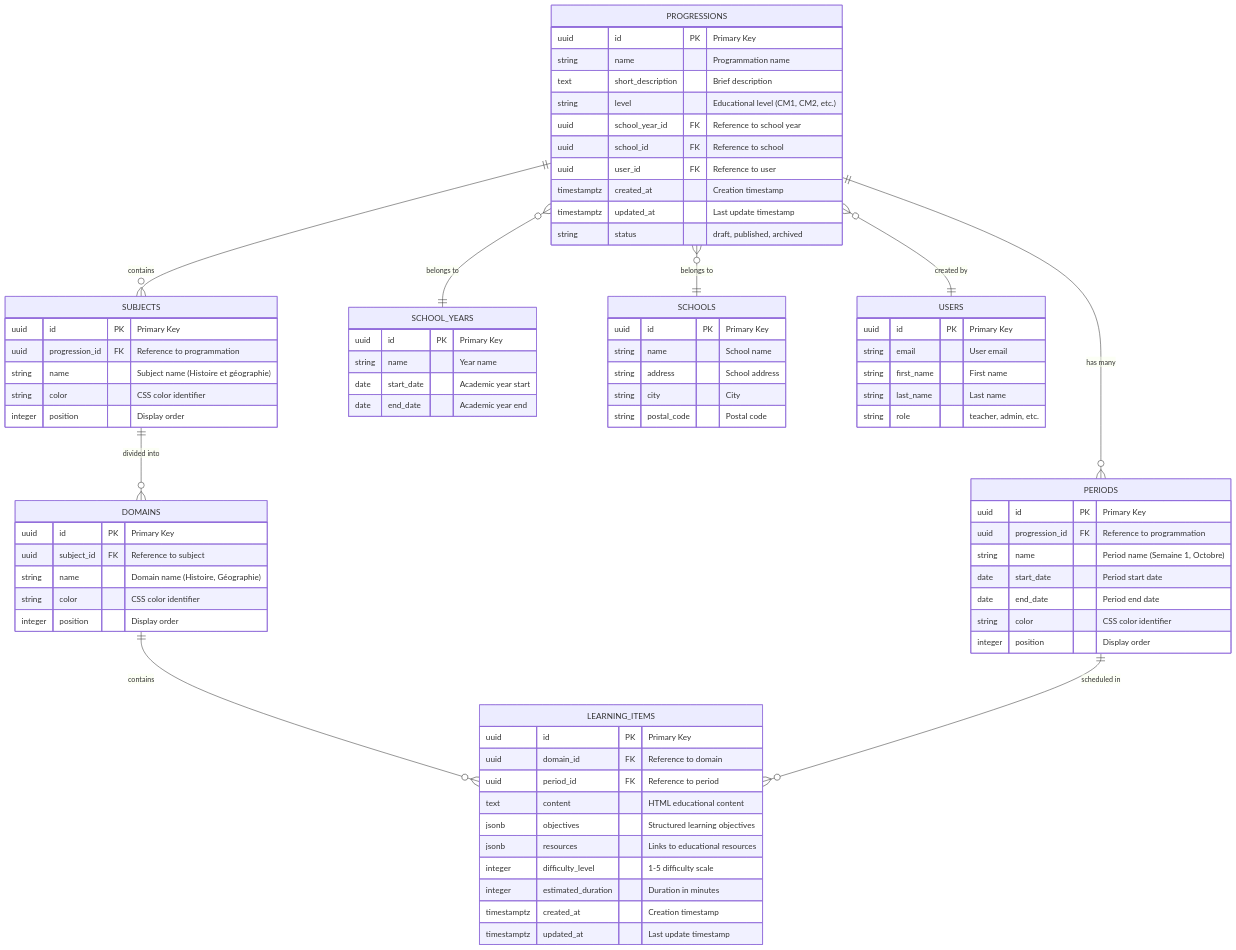
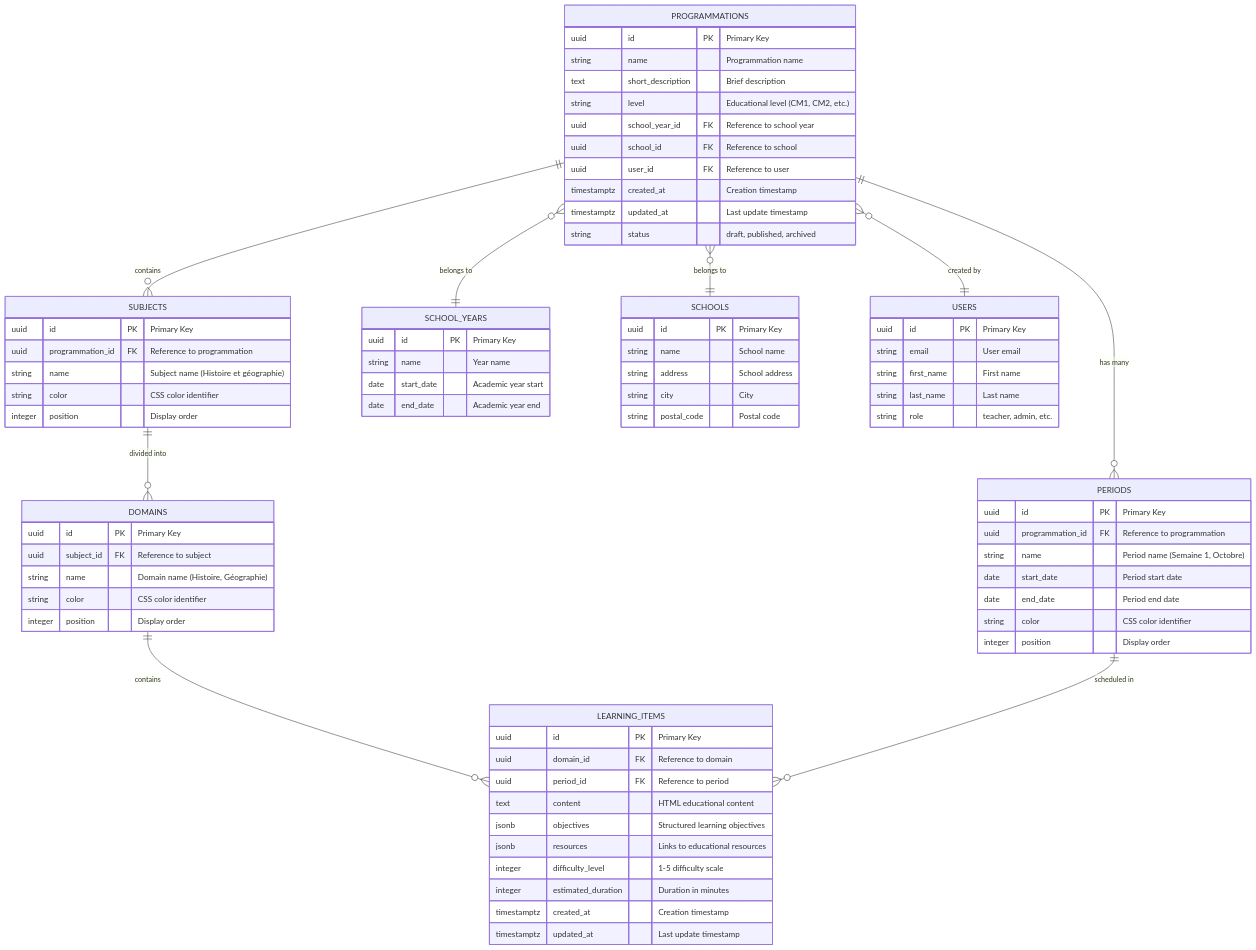
Before and after one commit to ghermet/teetsh-progression: the first of 6 diagrams in specs/programmation/db-api-uml.md, drawn with Mermaid. The commit also changed other lines of this file and 17 other files, not shown here.

Commit message:
refactor: rename progression with programmation

````diff
--- a/specs/programmation/db-api-uml.md
+++ b/specs/programmation/db-api-uml.md
@@ -5,6 +5,6 @@
 ```mermaid
 erDiagram
-    PROGRESSIONS {
+    PROGRAMMATIONS {
         uuid id PK "Primary Key"
         string name "Programmation name"
         text short_description "Brief description"
@@ -19,7 +19,7 @@
 
     PERIODS {
         uuid id PK "Primary Key"
-        uuid progression_id FK "Reference to programmation"
+        uuid programmation_id FK "Reference to programmation"
         string name "Period name (Semaine 1, Octobre)"
         date start_date "Period start date"
         date end_date "Period end date"
@@ -29,7 +29,7 @@
 
     SUBJECTS {
         uuid id PK "Primary Key"
-        uuid progression_id FK "Reference to programmation"
+        uuid programmation_id FK "Reference to programmation"
         string name "Subject name (Histoire et géographie)"
         string color "CSS color identifier"
         integer position "Display order"
@@ -80,11 +80,11 @@
     }
 
     %% Relationships
-    PROGRESSIONS ||--o{ PERIODS : "has many"
-    PROGRESSIONS ||--o{ SUBJECTS : "contains"
-    PROGRESSIONS }o--|| SCHOOL_YEARS : "belongs to"
-    PROGRESSIONS }o--|| SCHOOLS : "belongs to"
-    PROGRESSIONS }o--|| USERS : "created by"
+    PROGRAMMATIONS ||--o{ PERIODS : "has many"
+    PROGRAMMATIONS ||--o{ SUBJECTS : "contains"
+    PROGRAMMATIONS }o--|| SCHOOL_YEARS : "belongs to"
+    PROGRAMMATIONS }o--|| SCHOOLS : "belongs to"
+    PROGRAMMATIONS }o--|| USERS : "created by"
 
     SUBJECTS ||--o{ DOMAINS : "divided into"
     DOMAINS ||--o{ LEARNING_ITEMS : "contains"
````
